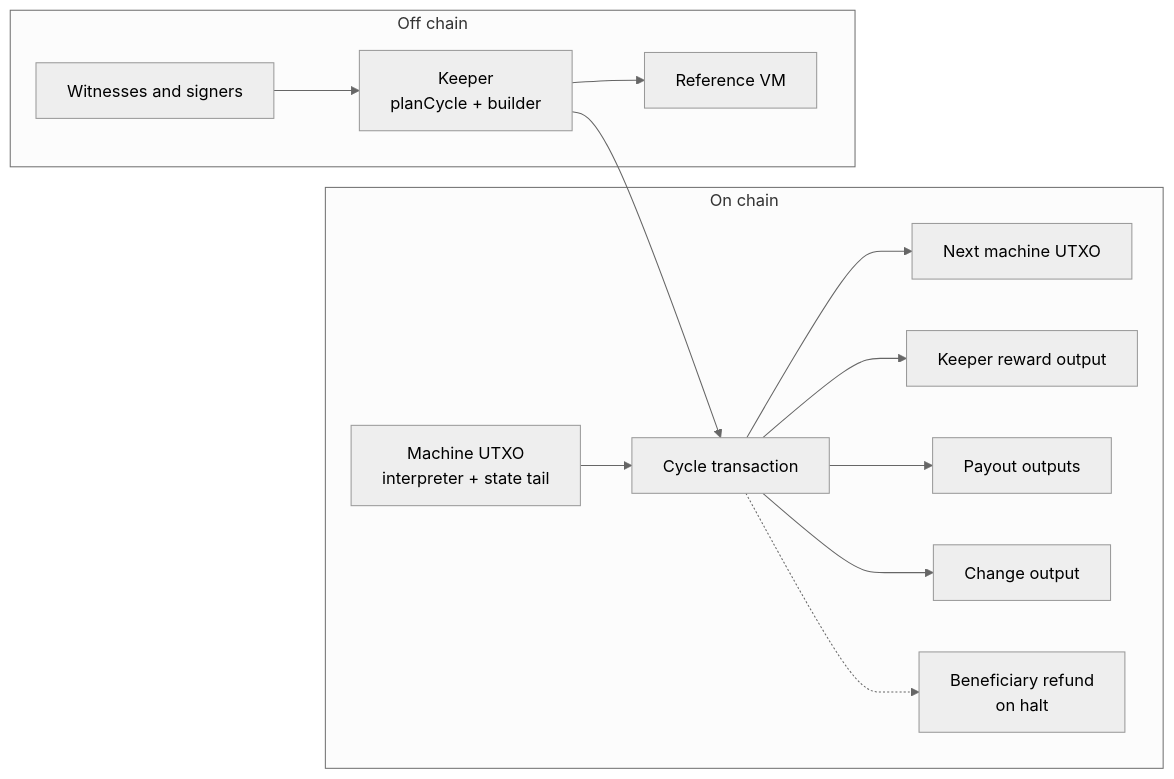
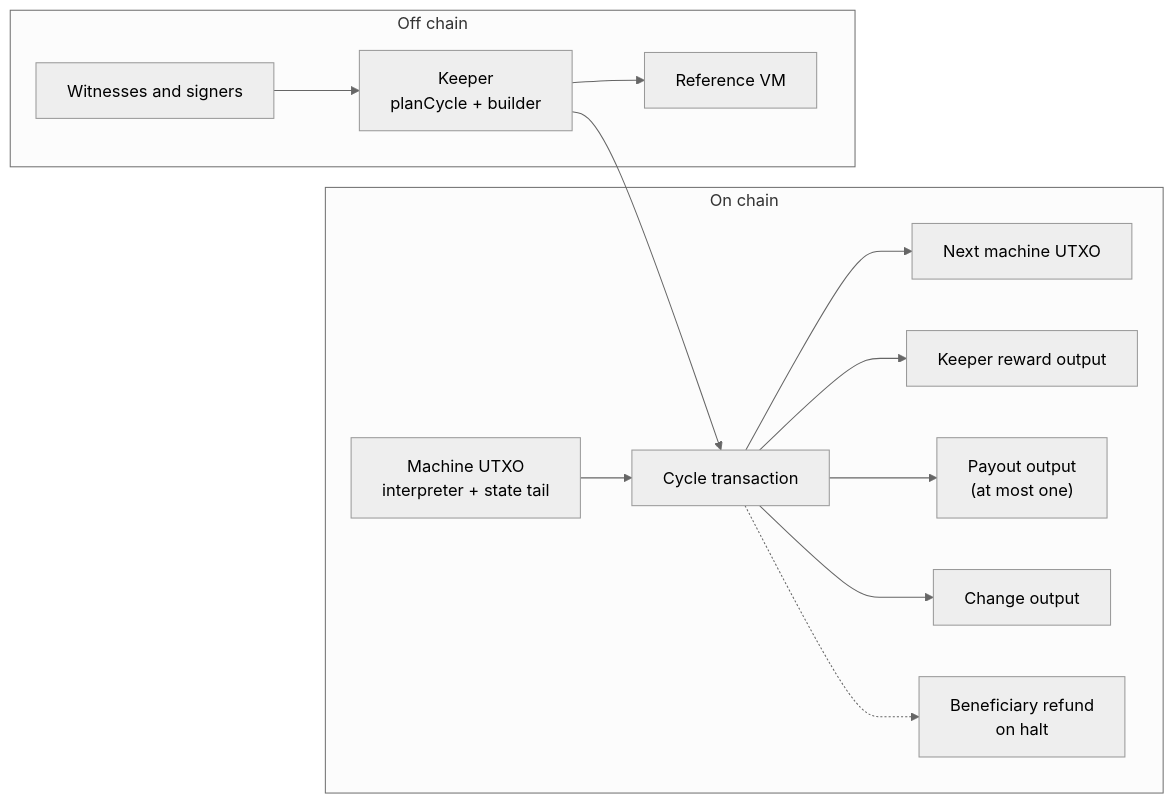
The first of 4 diagrams in docs/ARCHITECTURE.md (Bittoku/k17-vm), drawn with Mermaid (neutral theme) before and after one commit. The commit also changed other lines of this file and 1 other file, not shown here.

Commit message:
docs: architecture fact-check corrections

````diff
--- a/docs/ARCHITECTURE.md
+++ b/docs/ARCHITECTURE.md
@@ -11,26 +11,26 @@
 ```mermaid
 flowchart LR
     subgraph chain [On chain]
         M["Machine UTXO<br/>interpreter + state tail"]
         T["Cycle transaction"]
         N["Next machine UTXO"]
         R["Keeper reward output"]
-        P["Payout outputs"]
+        P["Payout output<br/>(at most one)"]
         C["Change output"]
         B["Beneficiary refund<br/>on halt"]
     end
     subgraph off [Off chain]
         K["Keeper<br/>planCycle + builder"]
         V["Reference VM"]
         W["Witnesses and signers"]
     end
     K --> V
     W --> K
     M --> T
     K --> T
     T --> N
     T --> R
     T --> P
     T --> C
     T -.-> B
 ```
````
